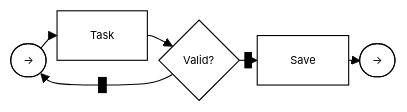
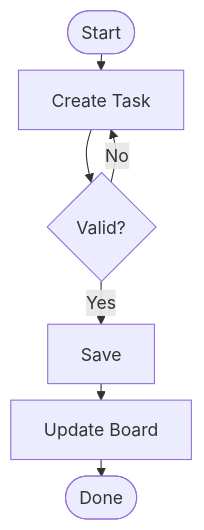
One commit to ritiku2004/Zira-Project-details changed the diagram in diagrams/activity-slide.mmd. Above: the diagram before and after it, drawn with Mermaid. The commit also changed 2 other files, not shown here.

Commit message:
Diagrames added

````diff
--- a/diagrams/activity-slide.mmd
+++ b/diagrams/activity-slide.mmd
@@ -2,21 +2,17 @@
 ```mermaid
 %% Compact slide-friendly activity diagram
 %% Use init to reduce node/rank spacing and a small font class
-%%{init: {"theme":"base", "flowchart": {"nodeSpacing": 10, "rankSpacing": 10}, "themeVariables": {"fontSize": "10px", "fontFamily": "arial", "primaryColor": "#000000", "primaryTextColor": "#000000", "lineColor": "#000000", "tertiaryColor": "#fff"}}}%%
-flowchart LR
-  classDef basic fill:#fff,stroke:#000,color:#000,font-size:10px
-  classDef diamond fill:#fff,stroke:#000,color:#000,font-size:10px
-
-  Start([→]) --> Task[Task] --> Valid{Valid?}
-  Valid -->|Y| Save[Save]
-  Valid -->|N| Start
-  Save --> Done([→])
-
-  class Start,Task,Save basic
-  class Valid diamond
+%%{init: {"flowchart": {"nodeSpacing": 15, "rankSpacing": 15}}}%%
+flowchart TD
+    Start([Start]) --> Create[Create Task]
+    Create --> Valid{Valid?}
+    Valid -->|No| Create
+    Valid -->|Yes| Save[Save]
+    Save --> Update[Update Board]
+    Update --> Done([Done])
   
   %% Compact 2-row layout to minimize vertical height
   
   %% Adjust layout to be more compact with 3:4 ratio
 
 ``` 
````
